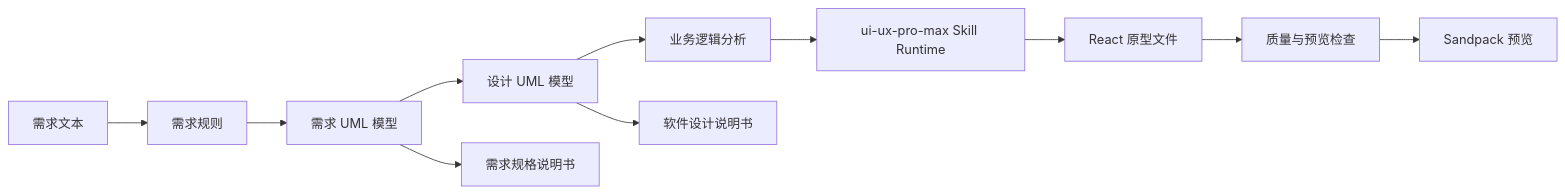
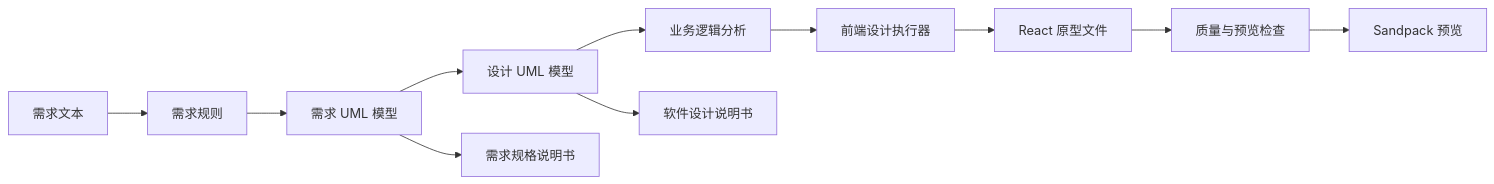
Before and after one commit to guolola/uml-experimental-platform: the diagram in README.md, drawn with Mermaid. The commit also changed other lines of this file and 18 other files, not shown here.

````diff
--- a/README.md
+++ b/README.md
@@ -77,13 +77,13 @@
 ```mermaid
 flowchart LR
   A["需求文本"] --> B["需求规则"]
   B --> C["需求 UML 模型"]
   C --> D["设计 UML 模型"]
   D --> E["业务逻辑分析"]
-  E --> F["ui-ux-pro-max Skill Runtime"]
+  E --> F["前端设计执行器"]
   F --> G["React 原型文件"]
   G --> H["质量与预览检查"]
   H --> I["Sandpack 预览"]
   C --> J["需求规格说明书"]
   D --> K["软件设计说明书"]
 ```
````
